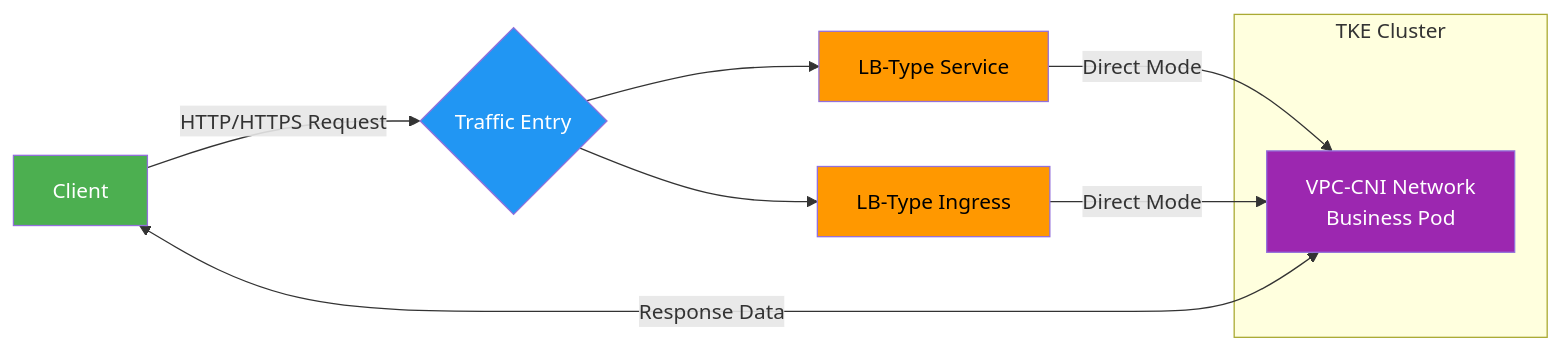
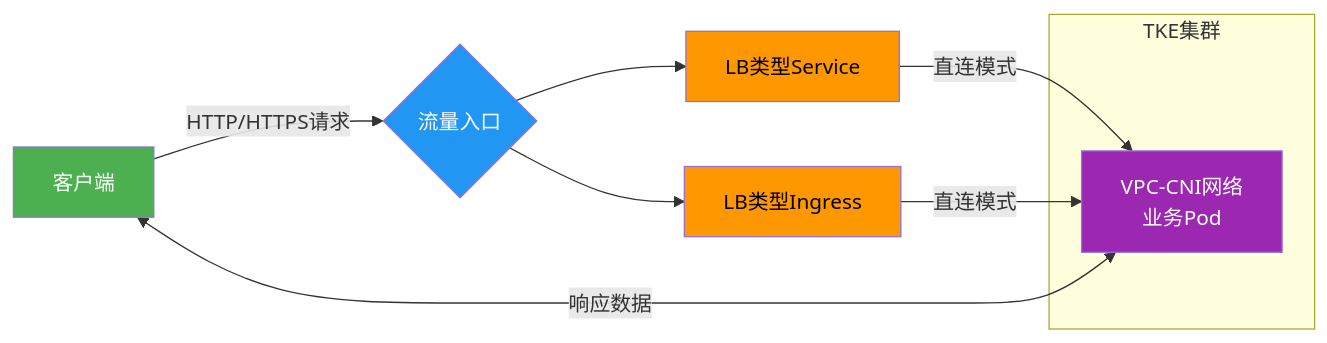
One commit to kestrelli/client-ip changed the diagram in client-ip/client-ip-main/eni-clb-direct-pod/README_zh.md. Above: the diagram before and after it, drawn with Mermaid. The commit also changed other lines of this file, not shown here.

````diff
--- a/client-ip/client-ip-main/eni-clb-direct-pod/README_zh.md
+++ b/client-ip/client-ip-main/eni-clb-direct-pod/README_zh.md
@@ -18,17 +18,22 @@
 ```mermaid
-graph LR    
-    A[Client] -->|HTTP/HTTPS Request| B{Traffic Entry}
-    B --> C[LB-Type Service]
-    B --> D[LB-Type Ingress]
-    C -->|Direct Mode| E[Business Pod]
-    D -->|Direct Mode| E
-    subgraph TKE Cluster
-        E[VPC-CNI Network<br>Business Pod]
+graph LR
+    
+    A[客户端] -->|HTTP/HTTPS请求| B{流量入口}
+    B --> C[LB类型Service]
+    B --> D[LB类型Ingress]
+    
+    C -->|直连模式| E[业务Pod]
+    D -->|直连模式| E
+    
+    subgraph TKE集群
+        E[VPC-CNI网络<br>业务Pod]
     end
-    A <--> |Response Data| E
+    
+     A <--> |响应数据| E
+    
     style A fill:#4CAF50,color:white
     style B fill:#2196F3,color:white
     style C fill:#FF9800,color:black
     style D fill:#FF9800,color:black
     style E fill:#9C27B0,color:white
 ```
````
